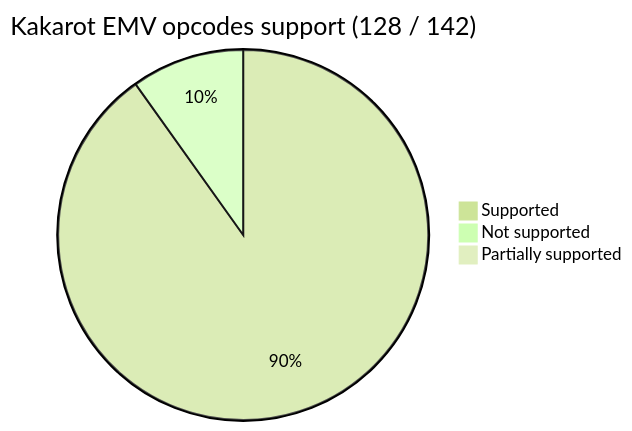
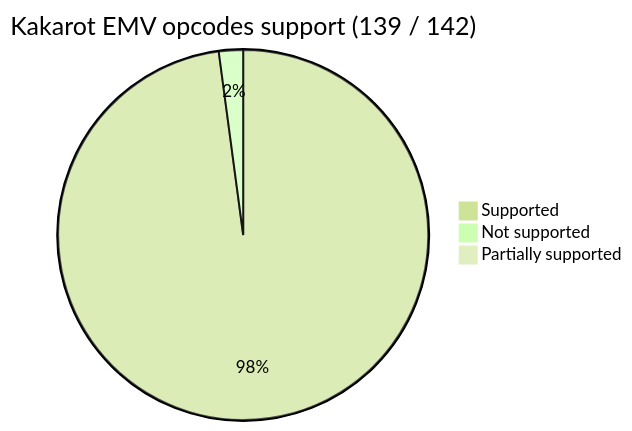
Before and after one commit to kkrt-labs/kakarot: the first of 2 diagrams in README.md, drawn with Mermaid. The commit also changed 1 other file, not shown here.

Commit message:
update: README and supported_opcodes

````diff
--- a/README.md
+++ b/README.md
@@ -38,8 +38,8 @@
 ```mermaid
 %%{init: {'theme': 'forest', 'themeVariables': { 'darkMode': 'false'}}}%%
 
-pie title Kakarot EMV opcodes support (128 / 142)
-    "Supported" : 128
-    "Not supported" : 14
+pie title Kakarot EMV opcodes support (139 / 142)
+    "Supported" : 139
+    "Not supported" : 3
     "Partially supported" : 0
 ```
````
